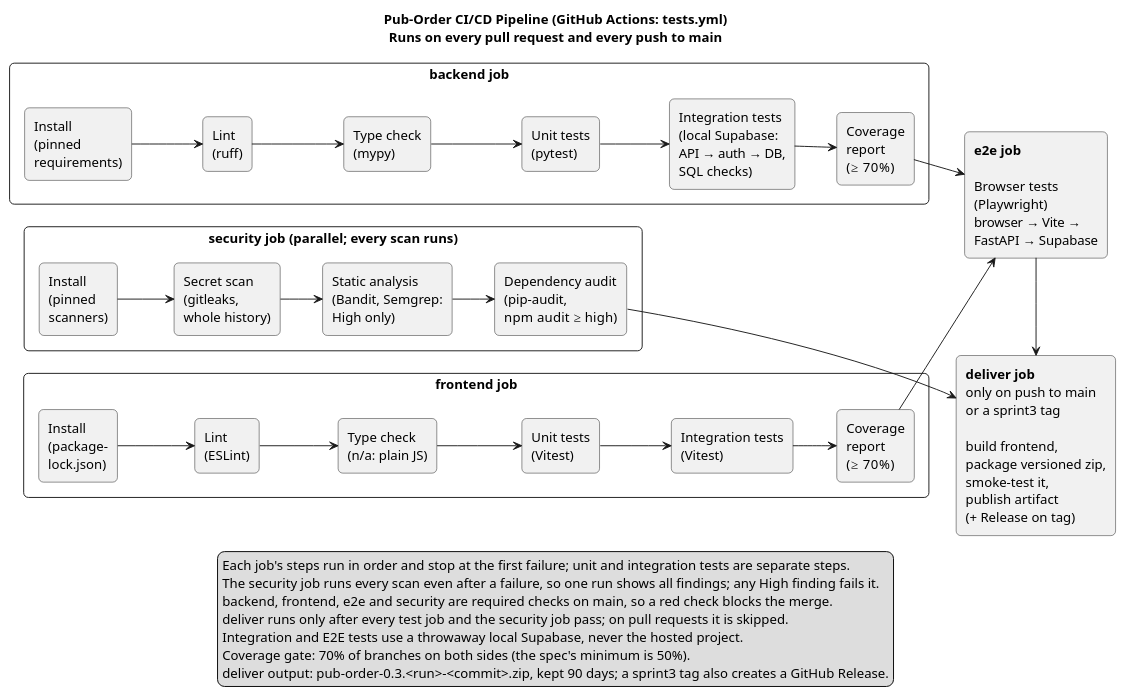
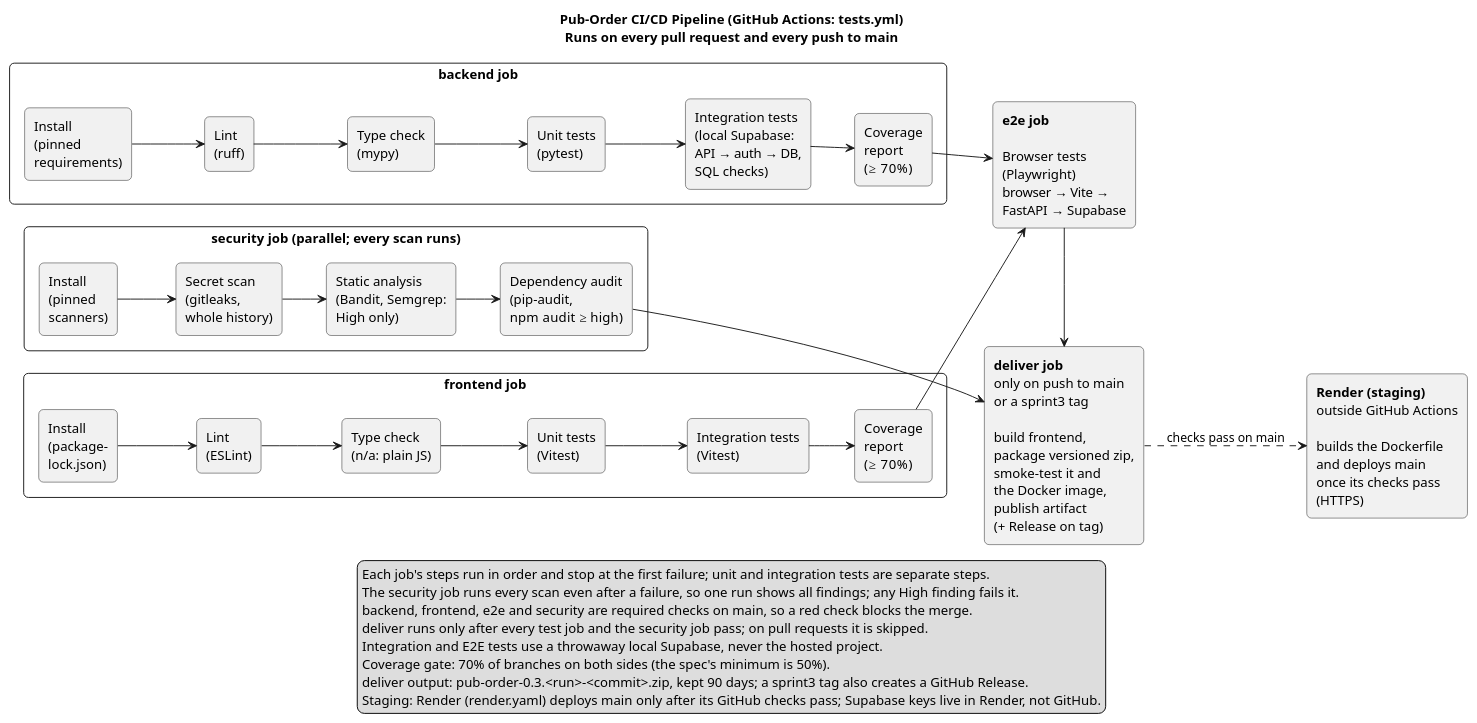
Before and after one commit to BrinkW/Pub-Order: the diagram in docs/diagrams/05-ci-pipeline.puml, drawn with PlantUML. The commit also changed 2 other files, not shown here.

Commit message:
Document staging deployment

```diff
--- a/docs/diagrams/05-ci-pipeline.puml
+++ b/docs/diagrams/05-ci-pipeline.puml
@@ -1,72 +1,76 @@
 @startuml
 title
   Pub-Order CI/CD Pipeline (GitHub Actions: tests.yml)
   Runs on every pull request and every push to main
 end title
 left to right direction
 skinparam monochrome true
 skinparam shadowing false
 skinparam defaultFontName SansSerif
 skinparam rectangleRoundCorner 10
 skinparam nodesep 55
 skinparam ranksep 45
 skinparam packageStyle rectangle
 
 package "backend job" {
   rectangle "Install\n(pinned\nrequirements)" as B1
   rectangle "Lint\n(ruff)" as B2
   rectangle "Type check\n(mypy)" as B3
   rectangle "Unit tests\n(pytest)" as B4
   rectangle "Integration tests\n(local Supabase:\nAPI → auth → DB,\nSQL checks)" as B5
   rectangle "Coverage\nreport\n(≥ 70%)" as B6
 }
 
 package "frontend job" {
   rectangle "Install\n(package-\nlock.json)" as F1
   rectangle "Lint\n(ESLint)" as F2
   rectangle "Type check\n(n/a: plain JS)" as F3
   rectangle "Unit tests\n(Vitest)" as F4
   rectangle "Integration tests\n(Vitest)" as F5
   rectangle "Coverage\nreport\n(≥ 70%)" as F6
 }
 
 package "security job (parallel; every scan runs)" {
   rectangle "Install\n(pinned\nscanners)" as S1
   rectangle "Secret scan\n(gitleaks,\nwhole history)" as S2
   rectangle "Static analysis\n(Bandit, Semgrep:\nHigh only)" as S3
   rectangle "Dependency audit\n(pip-audit,\nnpm audit ≥ high)" as S4
 }
 
 rectangle "<b>e2e job</b>\n\nBrowser tests\n(Playwright)\nbrowser → Vite →\nFastAPI → Supabase" as E1
 
-rectangle "<b>deliver job</b>\nonly on push to main\nor a sprint3 tag\n\nbuild frontend,\npackage versioned zip,\nsmoke-test it,\npublish artifact\n(+ Release on tag)" as D1
+rectangle "<b>deliver job</b>\nonly on push to main\nor a sprint3 tag\n\nbuild frontend,\npackage versioned zip,\nsmoke-test it and\nthe Docker image,\npublish artifact\n(+ Release on tag)" as D1
+
+rectangle "<b>Render (staging)</b>\noutside GitHub Actions\n\nbuilds the Dockerfile\nand deploys main\nonce its checks pass\n(HTTPS)" as R1
 
 B1 --> B2
 B2 --> B3
 B3 --> B4
 B4 --> B5
 B5 --> B6
 F1 --> F2
 F2 --> F3
 F3 --> F4
 F4 --> F5
 F5 --> F6
 S1 --> S2
 S2 --> S3
 S3 --> S4
 B6 --> E1
 F6 --> E1
 F6 -[hidden]-> D1
 E1 -[norank]-> D1
 S4 -[norank]-> D1
+D1 ..> R1 : checks pass on main
 
 legend bottom
   Each job's steps run in order and stop at the first failure; unit and integration tests are separate steps.
   The security job runs every scan even after a failure, so one run shows all findings; any High finding fails it.
   backend, frontend, e2e and security are required checks on main, so a red check blocks the merge.
   deliver runs only after every test job and the security job pass; on pull requests it is skipped.
   Integration and E2E tests use a throwaway local Supabase, never the hosted project.
   Coverage gate: 70% of branches on both sides (the spec's minimum is 50%).
   deliver output: pub-order-0.3.<run>-<commit>.zip, kept 90 days; a sprint3 tag also creates a GitHub Release.
+  Staging: Render (render.yaml) deploys main only after its GitHub checks pass; Supabase keys live in Render, not GitHub.
 endlegend
 @enduml
```
